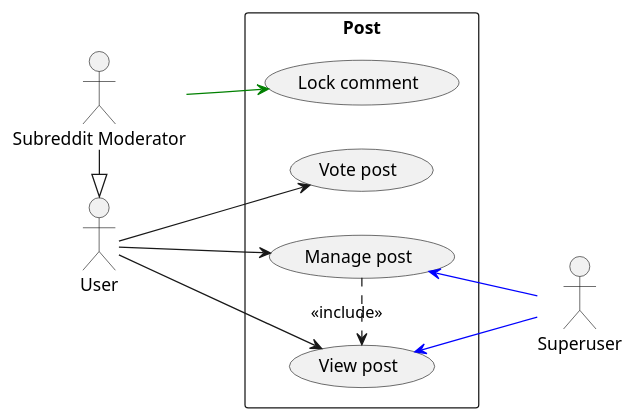
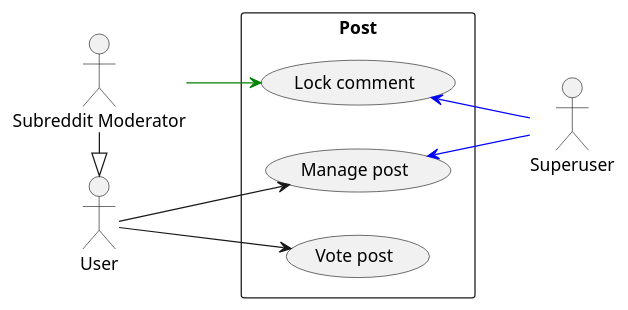
The diagram in use_case_post.puml (Huy-Ngo/reddit-design), drawn with PlantUML before and after one commit. The commit also changed 5 other files, not shown here.

```diff
--- a/use_case_post.puml
+++ b/use_case_post.puml
@@ -1,29 +1,25 @@
 @startuml
 skinparam packageStyle rectangle
 left to right direction
 actor "User" as user
 actor "Subreddit Moderator" as mod
 actor "Superuser" as su
 mod -|> user
 
 rectangle Post as post {
   usecase "Manage post" as post_manage
-  usecase "View post" as post_read
 
   usecase "Vote post" as post_vote
   usecase "Lock comment" as post_lock
 }
 
 user --> post_manage
-user --> post_read
 
 user --> post_vote
 
 mod -[#green]-> post_lock
 
-post_read   <-[#blue]- su
 post_manage <-[#blue]- su
-
-post_manage .> post_read : <<include>>
+post_lock <-[#blue]- su
 
 @enduml
```
